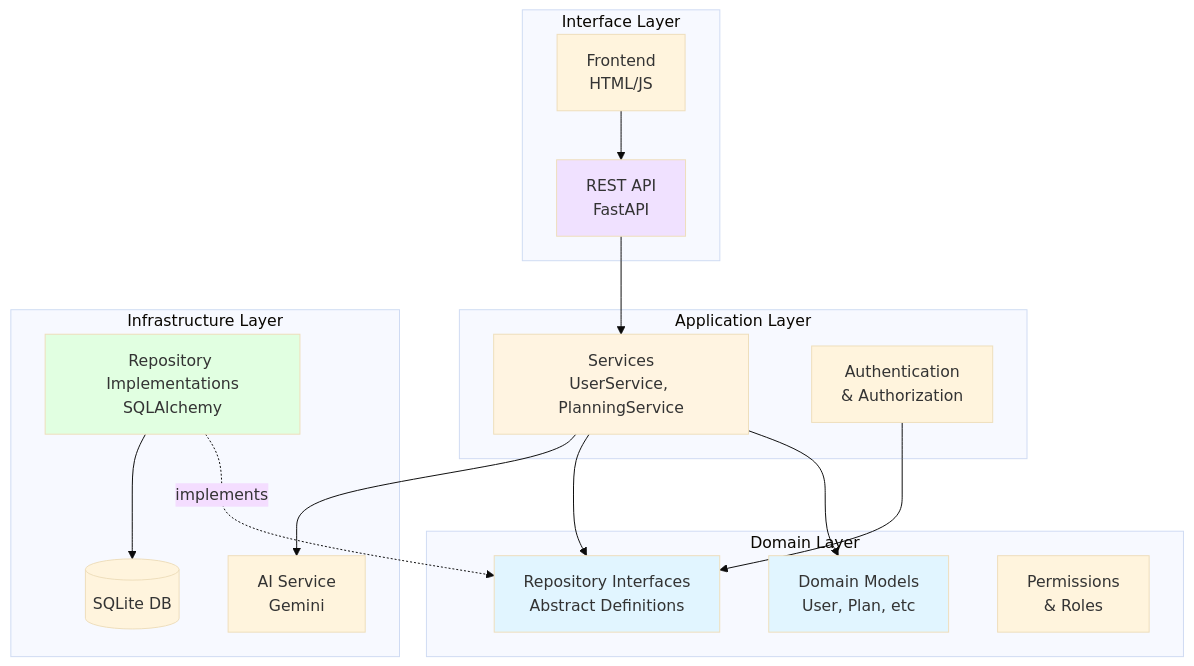
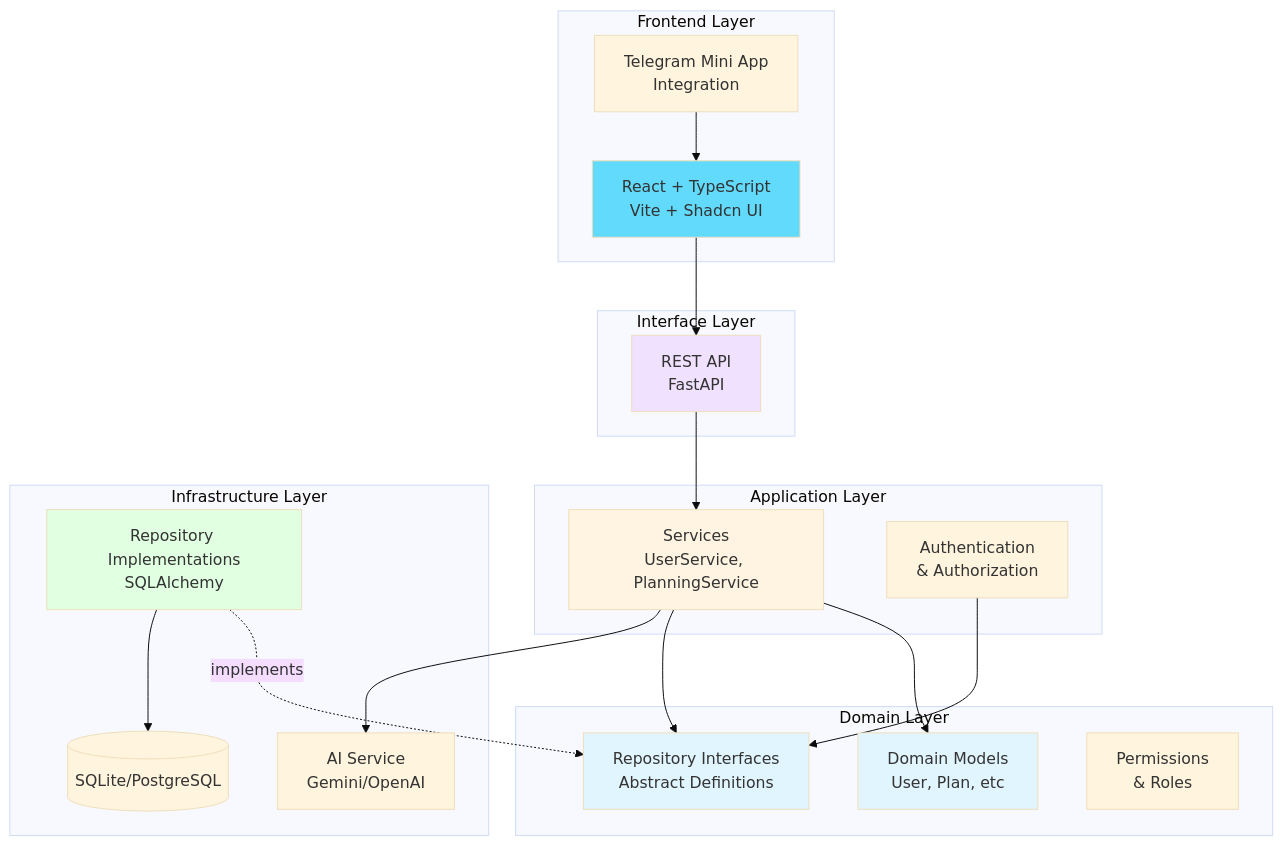
One commit to LuisFelipe09/agent_fitness changed the first of 5 diagrams in docs/ARCHITECTURE.md. Above: the diagram before and after it, drawn with Mermaid (base theme). The commit also changed other lines of this file and 7 other files, not shown here.

Commit message:
Fix TypeScript errors and build frontend successfully

````diff
--- a/docs/ARCHITECTURE.md
+++ b/docs/ARCHITECTURE.md
@@ -7,39 +7,45 @@
 ```mermaid
 graph TB
+    subgraph "Frontend Layer"
+        React[React + TypeScript<br/>Vite + Shadcn UI]
+        TG[Telegram Mini App<br/>Integration]
+    end
+    
     subgraph "Interface Layer"
         API[REST API<br/>FastAPI]
-        Frontend[Frontend<br/>HTML/JS]
     end
     
     subgraph "Application Layer"
         Services[Services<br/>UserService, PlanningService]
         Auth[Authentication<br/>& Authorization]
     end
     
     subgraph "Domain Layer"
         Models[Domain Models<br/>User, Plan, etc]
         Repos[Repository Interfaces<br/>Abstract Definitions]
         Permissions[Permissions<br/>& Roles]
     end
     
     subgraph "Infrastructure Layer"
         RepoImpl[Repository Implementations<br/>SQLAlchemy]
-        AI[AI Service<br/>Gemini]
-        DB[(SQLite DB)]
+        AI[AI Service<br/>Gemini/OpenAI]
+        DB[(SQLite/PostgreSQL)]
     end
     
+    React --> API
+    TG --> React
     API --> Services
-    Frontend --> API
     Services --> Models
     Services --> Repos
     Auth --> Repos
     RepoImpl -.implements.-> Repos
     RepoImpl --> DB
     Services --> AI
     
+    style React fill:#61dafb
     style Models fill:#e1f5ff
     style Repos fill:#e1f5ff
     style Services fill:#fff4e1
     style API fill:#f0e1ff
     style RepoImpl fill:#e1ffe1
 ```
````
